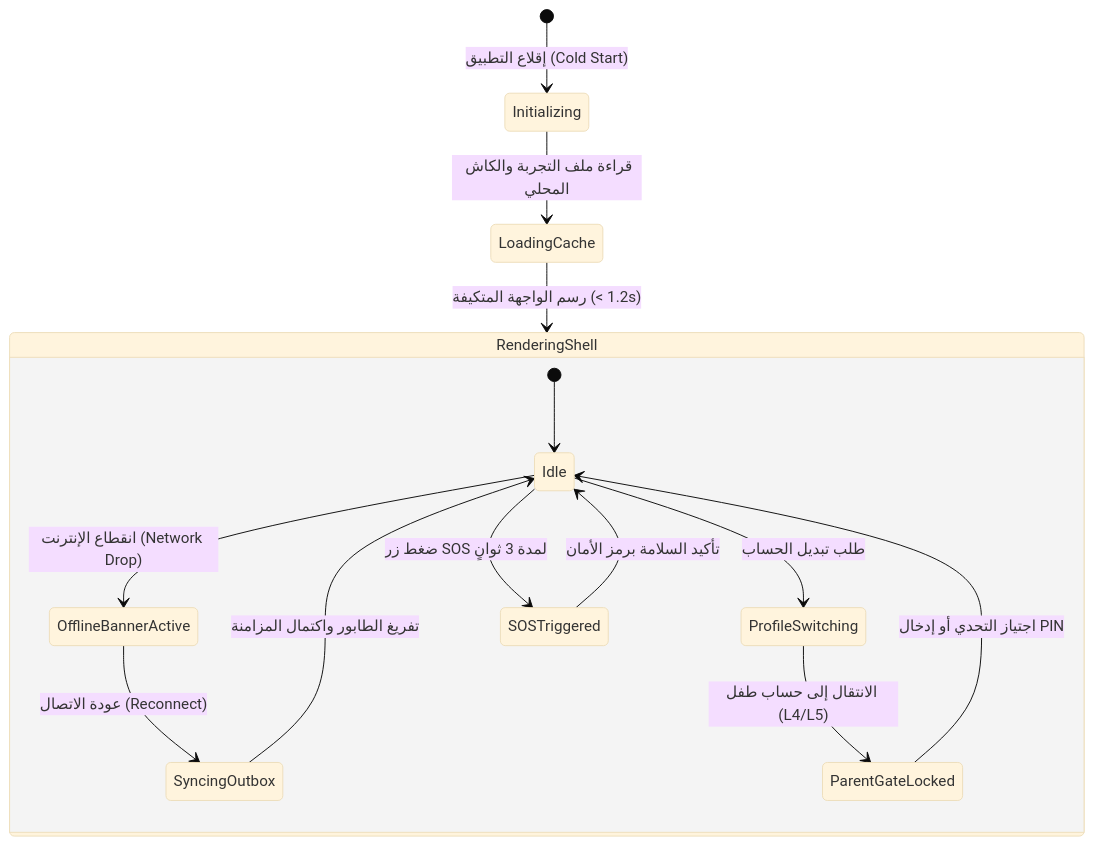
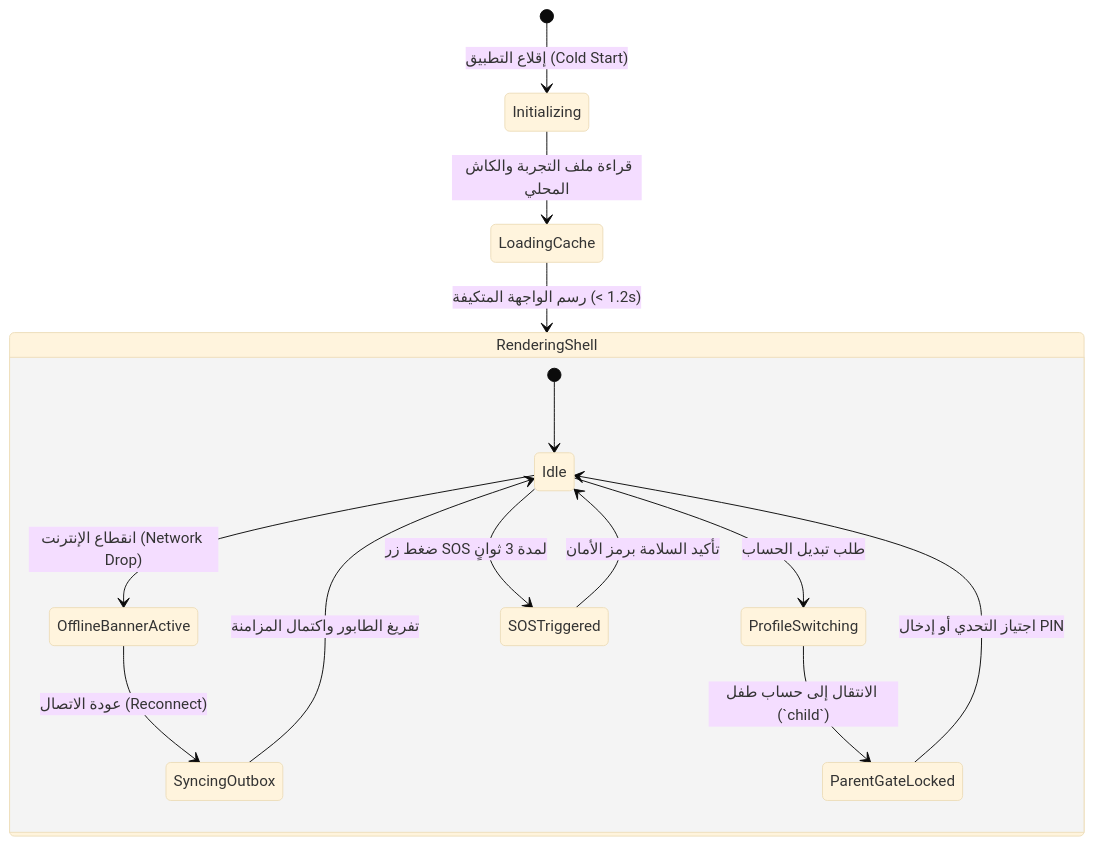
The diagram in spec/03-phase-1-core/s1-01-app-shell-and-platform/05-business-rules-and-permissions.md (Bassam-mohammed-alqaeadi/family-os-v2), drawn with Mermaid (base theme) before and after one commit. The commit also changed other lines of this file and 113 other files, not shown here.

````diff
--- a/spec/03-phase-1-core/s1-01-app-shell-and-platform/05-business-rules-and-permissions.md
+++ b/spec/03-phase-1-core/s1-01-app-shell-and-platform/05-business-rules-and-permissions.md
@@ -74,18 +74,18 @@
 ```mermaid
 stateDiagram-v2
     [*] --> Initializing: إقلاع التطبيق (Cold Start)
     Initializing --> LoadingCache: قراءة ملف التجربة والكاش المحلي
     LoadingCache --> RenderingShell: رسم الواجهة المتكيفة (< 1.2s)
     
     state RenderingShell {
         [*] --> Idle
         Idle --> OfflineBannerActive: انقطاع الإنترنت (Network Drop)
         OfflineBannerActive --> SyncingOutbox: عودة الاتصال (Reconnect)
         SyncingOutbox --> Idle: تفريغ الطابور واكتمال المزامنة
         Idle --> ProfileSwitching: طلب تبديل الحساب
-        ProfileSwitching --> ParentGateLocked: الانتقال إلى حساب طفل (L4/L5)
+        ProfileSwitching --> ParentGateLocked: الانتقال إلى حساب طفل (`child`)
         ParentGateLocked --> Idle: اجتياز التحدي أو إدخال PIN
         Idle --> SOSTriggered: ضغط زر SOS لمدة 3 ثوانٍ
         SOSTriggered --> Idle: تأكيد السلامة برمز الأمان
     }
 ```
````
